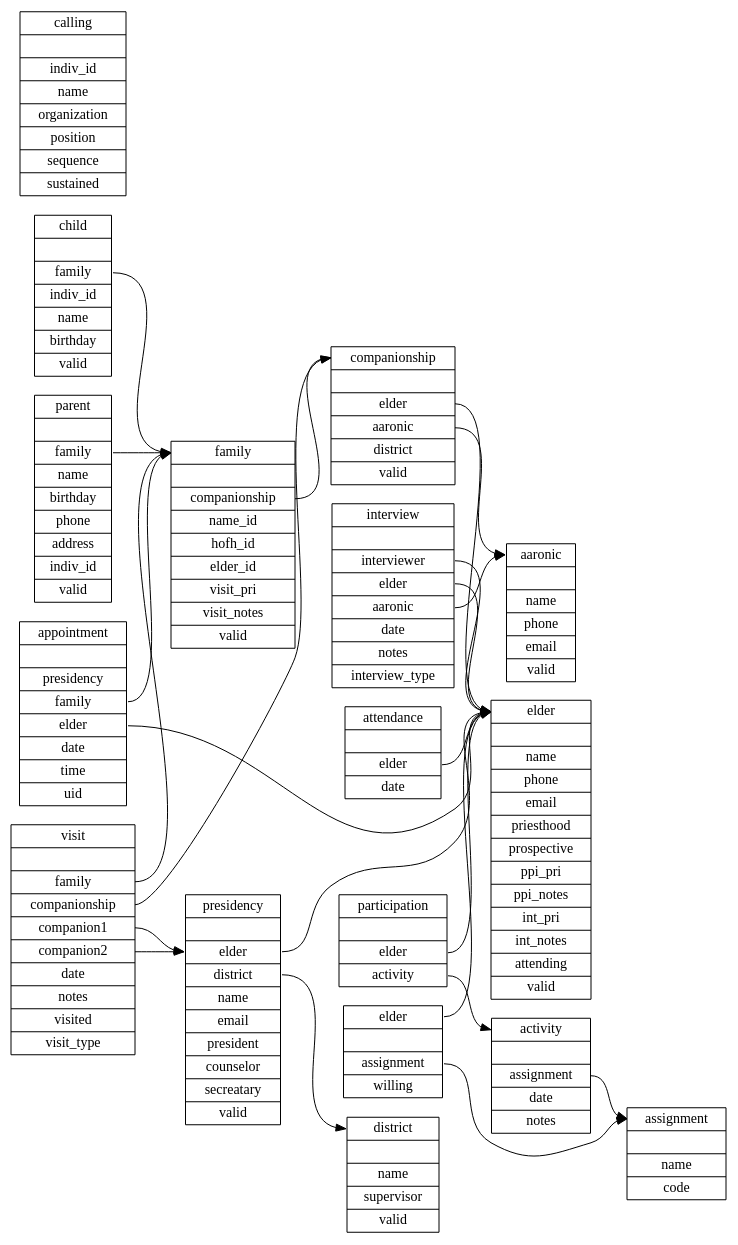
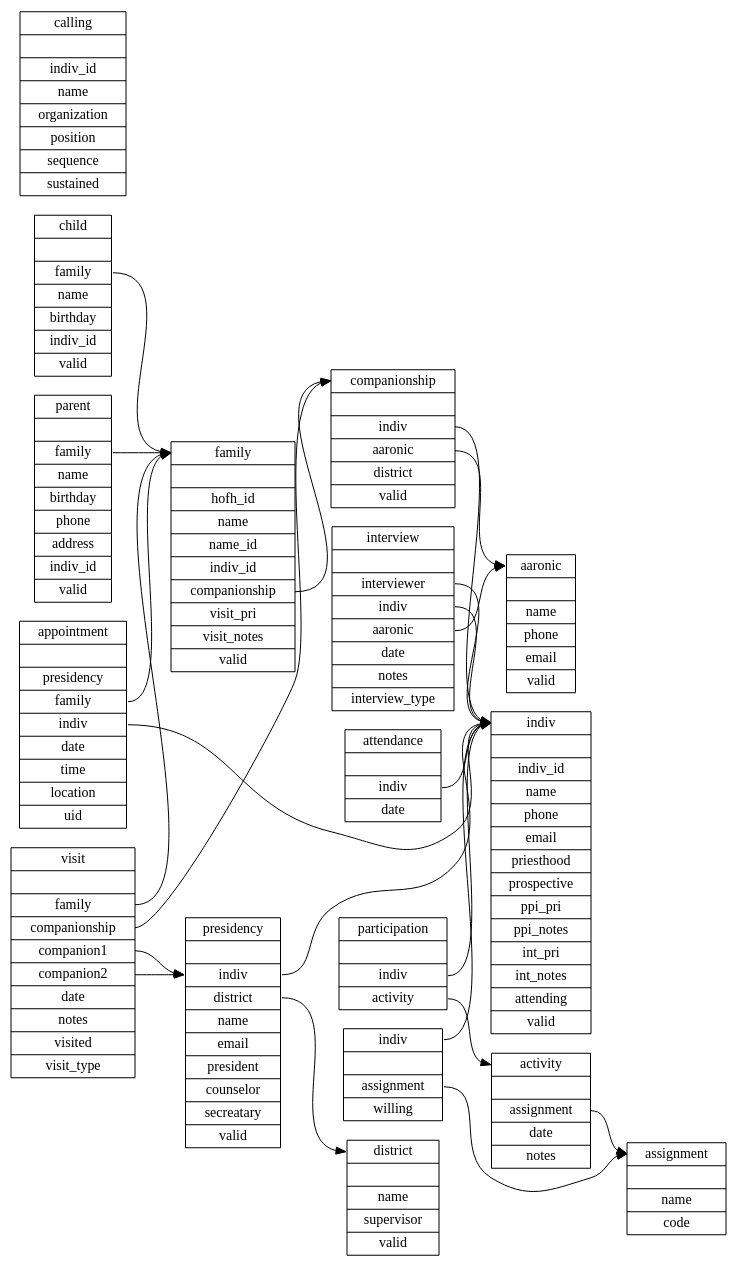
Before and after one commit to apippin/tc: the diagram in sql/schema.dot, drawn with Graphviz. The commit also changed 29 other files, not shown here.

```diff
--- a/sql/schema.dot
+++ b/sql/schema.dot
@@ -1,105 +1,105 @@
 digraph schema {
   graph [
     rankdir = "LR"
   ];
   family   [
-    label = "<f> family||<c> companionship|<n> name_id|<i> hofh_id|<e> elder_id|<vp> visit_pri|<vn> visit_notes|<v> valid"
+    label = "<f> family||<i> hofh_id|<n> name|<ni> name_id|<i> indiv_id|<c> companionship|<vp> visit_pri|<vn> visit_notes|<v> valid"
     shape = "record"
   ];
-  elder   [
-    label = "<e> elder||<n> name|<p> phone|<em> email|<po> priesthood|<pr> prospective|<pp> ppi_pri|<t> ppi_notes|<ip> int_pri|<in> int_notes|<a> attending|<v> valid"
+  indiv   [
+    label = "<i> indiv||<id> indiv_id|<n> name|<p> phone|<em> email|<po> priesthood|<pr> prospective|<pp> ppi_pri|<t> ppi_notes|<ip> int_pri|<in> int_notes|<a> attending|<v> valid"
     shape = "record"
   ];
   companionship   [
-    label = "<c> companionship||<e> elder|<a> aaronic|<d> district|<v> valid"
+    label = "<c> companionship||<i> indiv|<a> aaronic|<d> district|<v> valid"
     shape = "record"
   ];
   visit   [
     label = "<v> visit||<f> family|<c> companionship|<c1> companion1|<c2> companion2|<t> date|<n> notes|<v> visited|<vt> visit_type"
     shape = "record"
   ];
   interview   [
-    label = "<in> interview||<i> interviewer|<e> elder|<a> aaronic|<t> date|<n> notes|<it> interview_type"
+    label = "<in> interview||<i> interviewer|<il> indiv|<a> aaronic|<t> date|<n> notes|<it> interview_type"
     shape = "record"
   ];
   activity   [
     label = "<a> activity||<s> assignment|<t> date|<n> notes"
     shape = "record"
   ];
   participation   [
-    label = "participation||<e> elder|<a> activity"
+    label = "participation||<i> indiv|<a> activity"
     shape = "record"
   ];
   attendance   [
-    label = "attendance||<e> elder|<d> date"
+    label = "attendance||<i> indiv|<d> date"
     shape = "record"
   ];
   child	[
-    label = "<c> child||<f> family|<i> indiv_id|<n> name|<b> birthday|<v> valid"
+    label = "<c> child||<f> family|<n> name|<b> birthday|<i> indiv_id|<v> valid"
     shape = "record"
   ]; 
   parent	[
     label = "<p> parent||<f> family|<n> name|<b> birthday|<p> phone|<a> address|<i>indiv_id|<v> valid"
     shape = "record"
   ]; 
   aaronic       [
     label = "<a> aaronic||<n> name|<p> phone|<em> email|<v> valid"
     shape = "record"
   ];
   appointment   [
-    label = "<a> appointment||<p> presidency|<f> family|<e> elder |<d> date|<t> time|<u> uid"
+    label = "<a> appointment||<p> presidency|<f> family|<i> indiv |<d> date|<t> time|<l> location|<u> uid"
     shape = "record"
   ];
   assignment    [
     label = "<a> assignment||<n> name|<c> code"
     shape = "record"
   ];
   calling       [
     label = "calling||<i> indiv_id|<n> name|<o> organization|<p> position|<s> sequence|<t> sustained"
     shape = "record"
   ];
   district      [
     label = "<d> district||<n> name|<s> supervisor|<v> valid"
     shape = "record"
   ];
   presidency    [
-    label = "<p> presidency||<e> elder|<d> district|<n> name|<em> email|<pr> president|<cn> counselor|<sec> secreatary|<v> valid"
+    label = "<p> presidency||<i> indiv|<d> district|<n> name|<em> email|<pr> president|<cn> counselor|<sec> secreatary|<v> valid"
     shape = "record"
   ];
   willingness   [
-    label = "<e> elder||<a> assignment|<w> willing"
+    label = "<i> indiv||<a> assignment|<w> willing"
     shape = "record"
   ];
 
   family:c        -> companionship:c
-  companionship:e -> elder:e
+  companionship:i -> indiv:i
   companionship:a -> aaronic:a
 
-  appointment:e   -> elder:e
+  appointment:i   -> indiv:i
   appointment:f   -> family:f
 
-  interview:e     -> elder:e
-  interview:i     -> elder:e
+  interview:il    -> indiv:i
+  interview:i     -> indiv:i
   interview:a     -> aaronic:a
 
-  presidency:e    -> elder:e
+  presidency:i    -> indiv:i
   presidency:d    -> district:d
 
-  willingness:e   -> elder:e
+  willingness:i   -> indiv:i
   willingness:a   -> assignment:a
 
   activity:s      -> assignment:a
 
   visit:c         -> companionship:c
   visit:f         -> family:f
-  visit:c1        -> presidency:e
-  visit:c2        -> presidency:e
+  visit:c1        -> presidency:i
+  visit:c2        -> presidency:i
 
-  participation:e -> elder:e
+  participation:i -> indiv:i
   participation:a -> activity:a
 
-  attendance:e    -> elder:e
+  attendance:i    -> indiv:i
 
   child:f         -> family:f
   parent:f        -> family:f
 }
```
